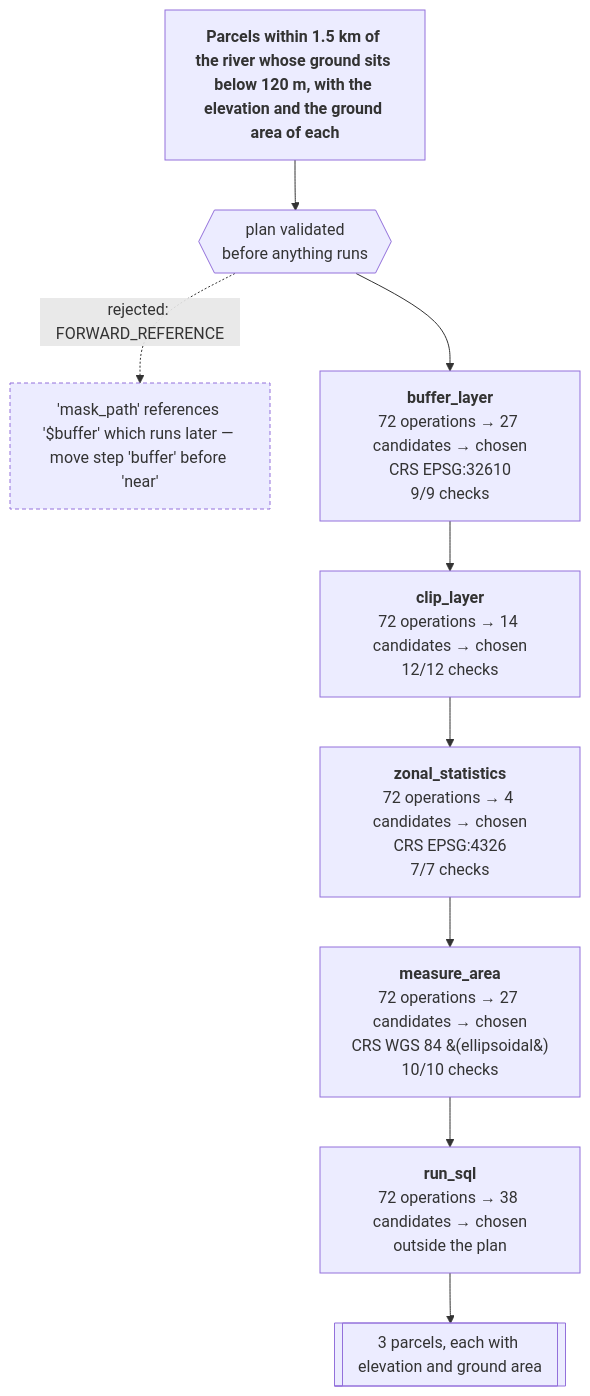
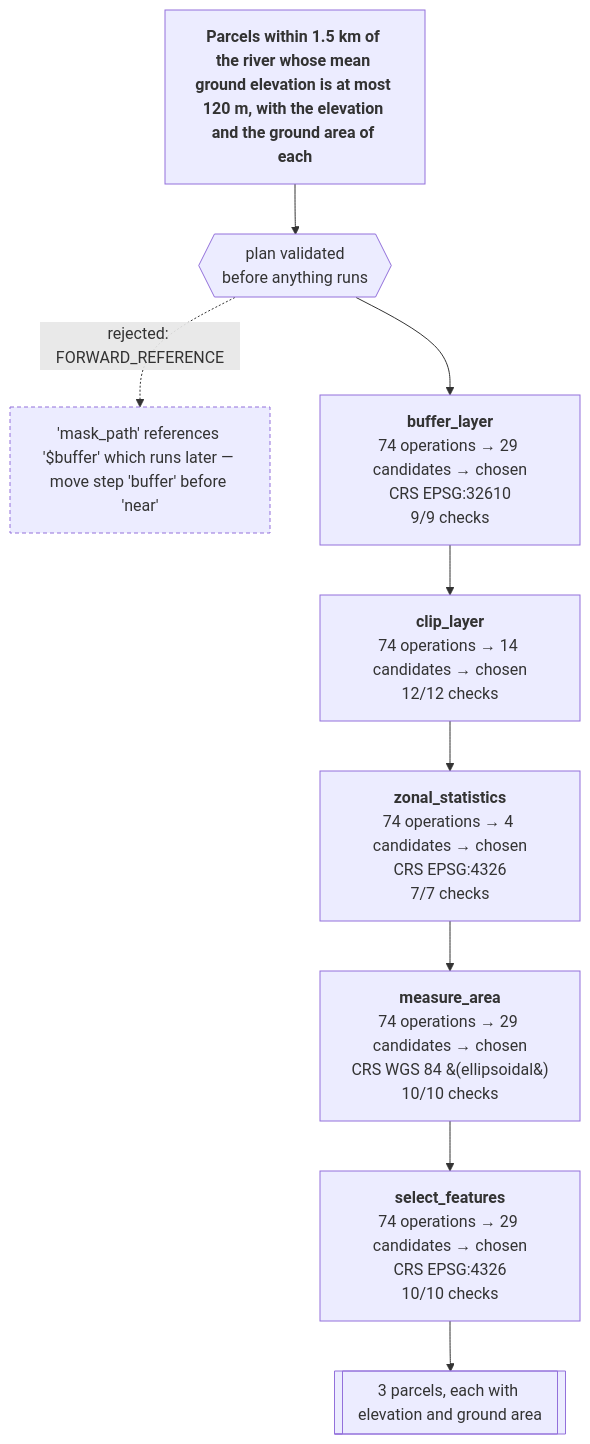
Before and after one commit to mapsmith-ai/MapSmith: the diagram in README.md, drawn with Mermaid. The commit also changed other lines of this file and 18 other files, not shown here.

````diff
--- a/README.md
+++ b/README.md
@@ -507,20 +521,20 @@
 ```mermaid
 flowchart TB
-  ASK["<b>Parcels within 1.5 km of the river whose ground sits below 120 m, with the elevation and the ground area of each</b>"]
+  ASK["<b>Parcels within 1.5 km of the river whose mean ground elevation is at most 120 m, with the elevation and the ground area of each</b>"]
   ASK --> PLAN{{"plan validated<br/>before anything runs"}}
   PLAN -. "rejected: FORWARD_REFERENCE" .-> BAD["'mask_path' references '$buffer' which runs later — move step 'buffer' before 'near'"]
   BAD:::bad
-  BUFFER["<b>buffer_layer</b><br/>72 operations &rarr; 27 candidates &rarr; chosen<br/>CRS EPSG:32610<br/>9/9 checks"]
+  BUFFER["<b>buffer_layer</b><br/>74 operations &rarr; 29 candidates &rarr; chosen<br/>CRS EPSG:32610<br/>9/9 checks"]
   PLAN --> BUFFER
-  NEAR["<b>clip_layer</b><br/>72 operations &rarr; 14 candidates &rarr; chosen<br/>12/12 checks"]
+  NEAR["<b>clip_layer</b><br/>74 operations &rarr; 14 candidates &rarr; chosen<br/>12/12 checks"]
   BUFFER --> NEAR
-  HEIGHT["<b>zonal_statistics</b><br/>72 operations &rarr; 4 candidates &rarr; chosen<br/>CRS EPSG:4326<br/>7/7 checks"]
+  HEIGHT["<b>zonal_statistics</b><br/>74 operations &rarr; 4 candidates &rarr; chosen<br/>CRS EPSG:4326<br/>7/7 checks"]
   NEAR --> HEIGHT
-  AREA["<b>measure_area</b><br/>72 operations &rarr; 27 candidates &rarr; chosen<br/>CRS WGS 84 &#40;ellipsoidal&#41;<br/>10/10 checks"]
+  AREA["<b>measure_area</b><br/>74 operations &rarr; 29 candidates &rarr; chosen<br/>CRS WGS 84 &#40;ellipsoidal&#41;<br/>10/10 checks"]
   HEIGHT --> AREA
-  FILTER["<b>run_sql</b><br/>72 operations &rarr; 38 candidates &rarr; chosen<br/>outside the plan"]
+  FILTER["<b>select_features</b><br/>74 operations &rarr; 29 candidates &rarr; chosen<br/>CRS EPSG:4326<br/>10/10 checks"]
   AREA --> FILTER
   OUT[["3 parcels, each with elevation and ground area"]]
   FILTER --> OUT
   classDef bad stroke-dasharray: 4 3
 ```
````
